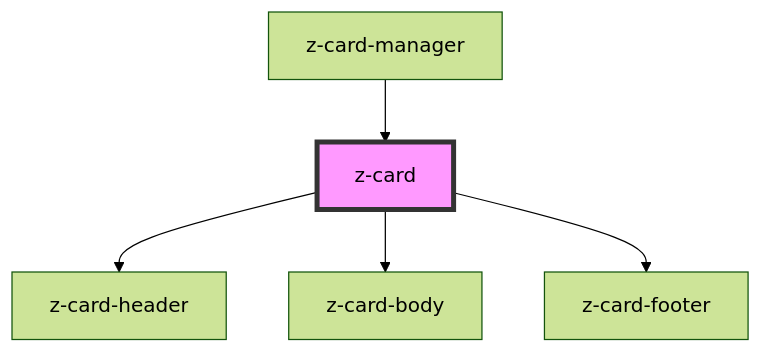
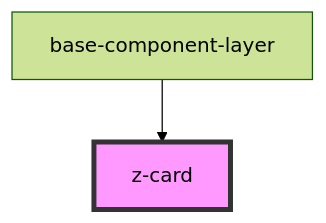
Before and after one commit to ZanichelliEditore/design-system: the diagram in web-components-library/src/components/z-card/readme.md, drawn with Mermaid (forest theme). The commit also changed other lines of this file and 36 other files, not shown here.

````diff
--- a/web-components-library/src/components/z-card/readme.md
+++ b/web-components-library/src/components/z-card/readme.md
@@ -38,8 +15,5 @@
 ```mermaid
 graph TD;
-  z-card --> z-card-header
-  z-card --> z-card-body
-  z-card --> z-card-footer
-  z-card-manager --> z-card
+  base-component-layer --> z-card
   style z-card fill:#f9f,stroke:#333,stroke-width:4px
 ```
````
